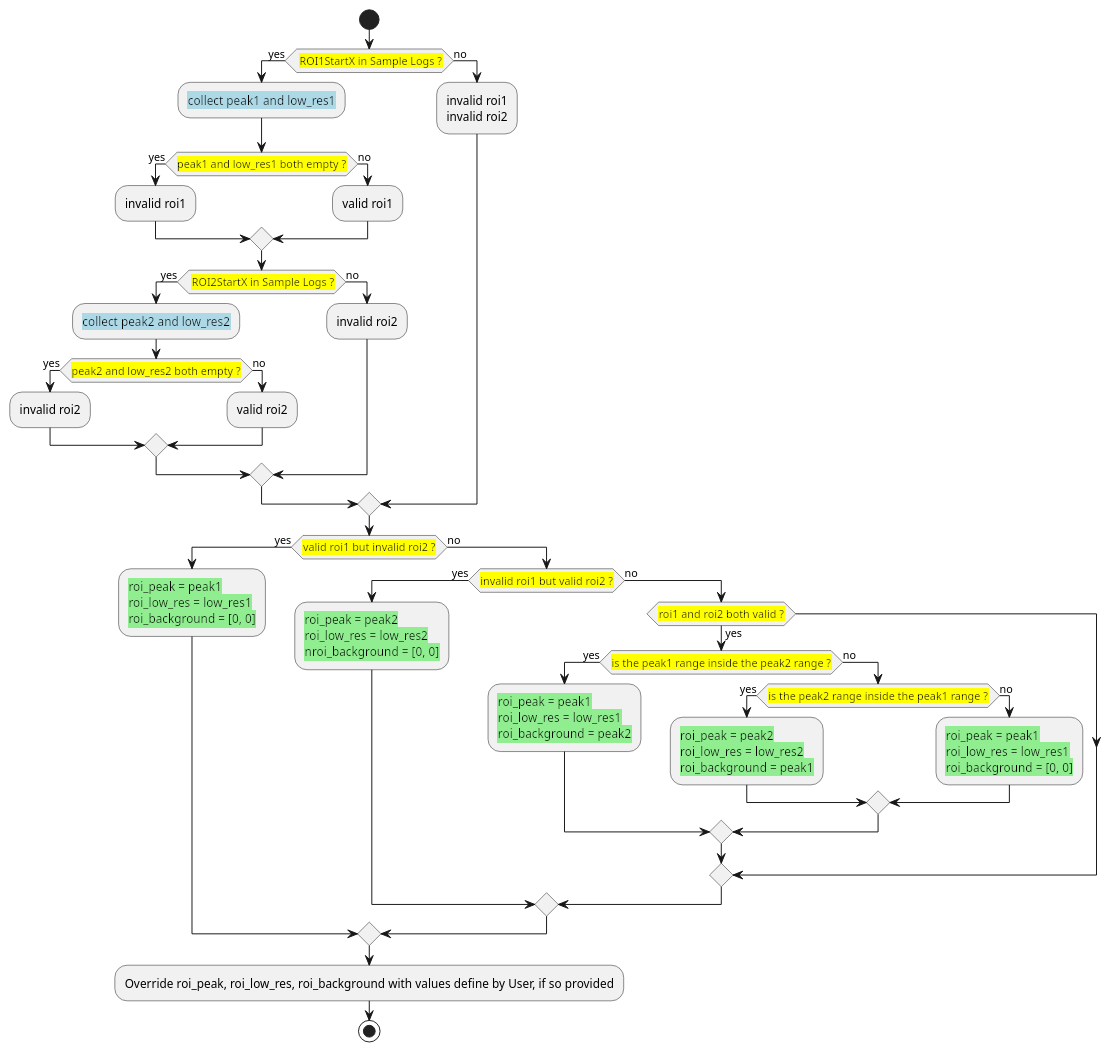
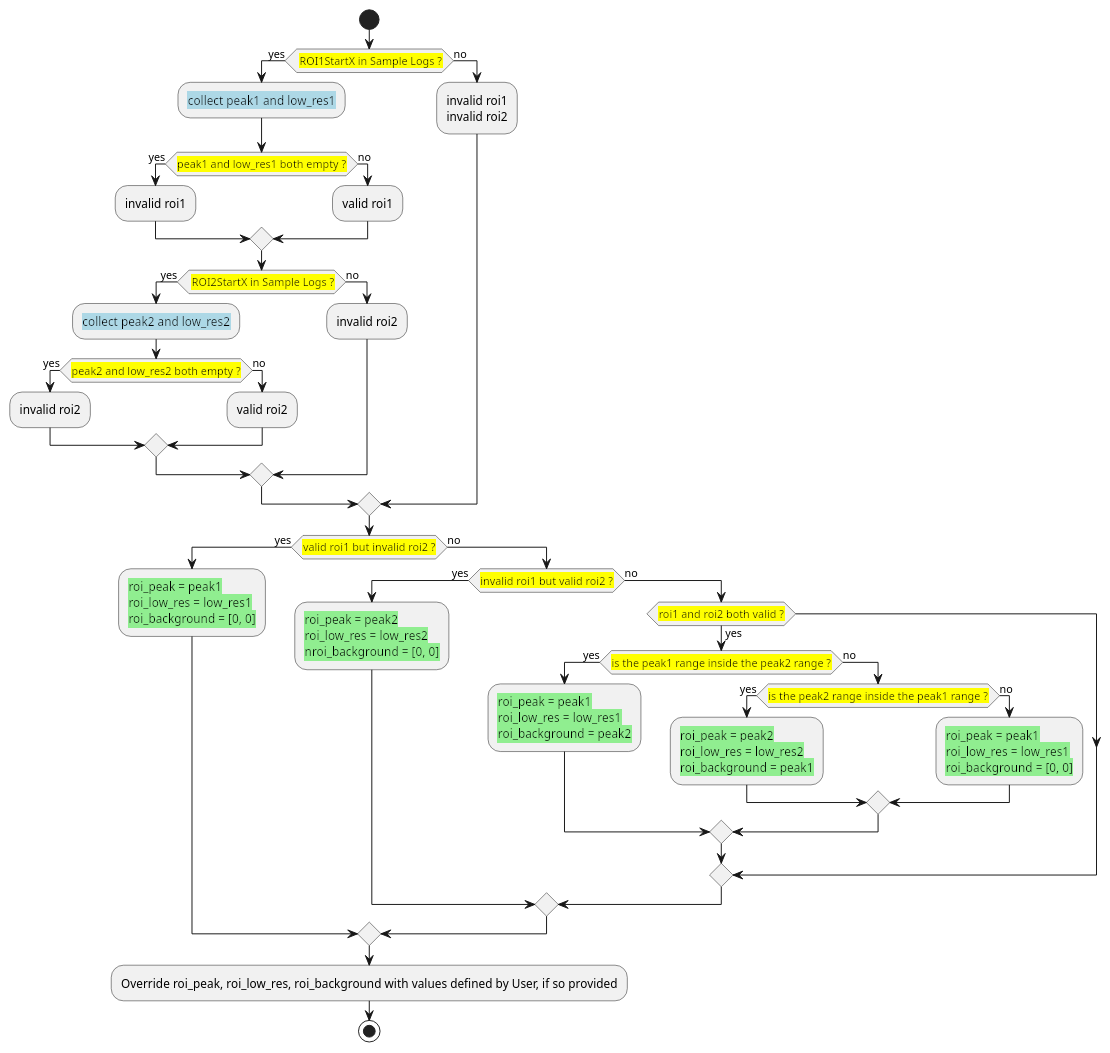
Before and after one commit to neutrons/MagnetismReflectometer: the diagram in docs/user/media/roi_pv_digest.puml, drawn with PlantUML.

Commit message:
correct one more typo

```diff
--- a/docs/user/media/roi_pv_digest.puml
+++ b/docs/user/media/roi_pv_digest.puml
@@ -1,46 +1,46 @@
 @startuml
 start
 if (<back:yellow> ROI1StartX in Sample Logs ?) then (yes)
     :<back:lightblue>collect peak1 and low_res1;
     if (<back:yellow>peak1 and low_res1 both empty ?) then (yes)
         :invalid roi1;
     else (no)
         :valid roi1;
     endif
     if (<back:yellow> ROI2StartX in Sample Logs ?) then (yes)
         :<back:lightblue>collect peak2 and low_res2;
         if (<back:yellow>peak2 and low_res2 both empty ?) then (yes)
             :invalid roi2;
         else (no)
             :valid roi2;
         endif
     else (no)
         :invalid roi2;
     endif
 else (no)
     :invalid roi1\ninvalid roi2;
 endif
 
 if (<back:yellow>valid roi1 but invalid roi2 ?) then (yes)
     :<back:lightgreen>roi_peak = peak1\n<back:lightgreen>roi_low_res = low_res1\n<back:lightgreen>roi_background = [0, 0];
 else (no)
     if (<back:yellow>invalid roi1 but valid roi2 ?) then (yes)
         :<back:lightgreen>roi_peak = peak2\n<back:lightgreen>roi_low_res = low_res2\n<back:lightgreen>nroi_background = [0, 0];
     else (no)
         if (<back:yellow>roi1 and roi2 both valid ?) then (yes)
             if (<back:yellow>is the peak1 range inside the peak2 range ?) then (yes)
                 :<back:lightgreen>roi_peak = peak1\n<back:lightgreen>roi_low_res = low_res1\n<back:lightgreen>roi_background = peak2;
             else (no)
                 if (<back:yellow>is the peak2 range inside the peak1 range ?) then (yes)
                     :<back:lightgreen>roi_peak = peak2\n<back:lightgreen>roi_low_res = low_res2\n<back:lightgreen>roi_background = peak1;
                 else (no)
                     :<back:lightgreen>roi_peak = peak1\n<back:lightgreen>roi_low_res = low_res1\n<back:lightgreen>roi_background = [0, 0];
                 endif
             endif
         endif
     endif
 endif
 
-:Override roi_peak, roi_low_res, roi_background with values define by User, if so provided;
+:Override roi_peak, roi_low_res, roi_background with values defined by User, if so provided;
 stop
 @enduml
```
